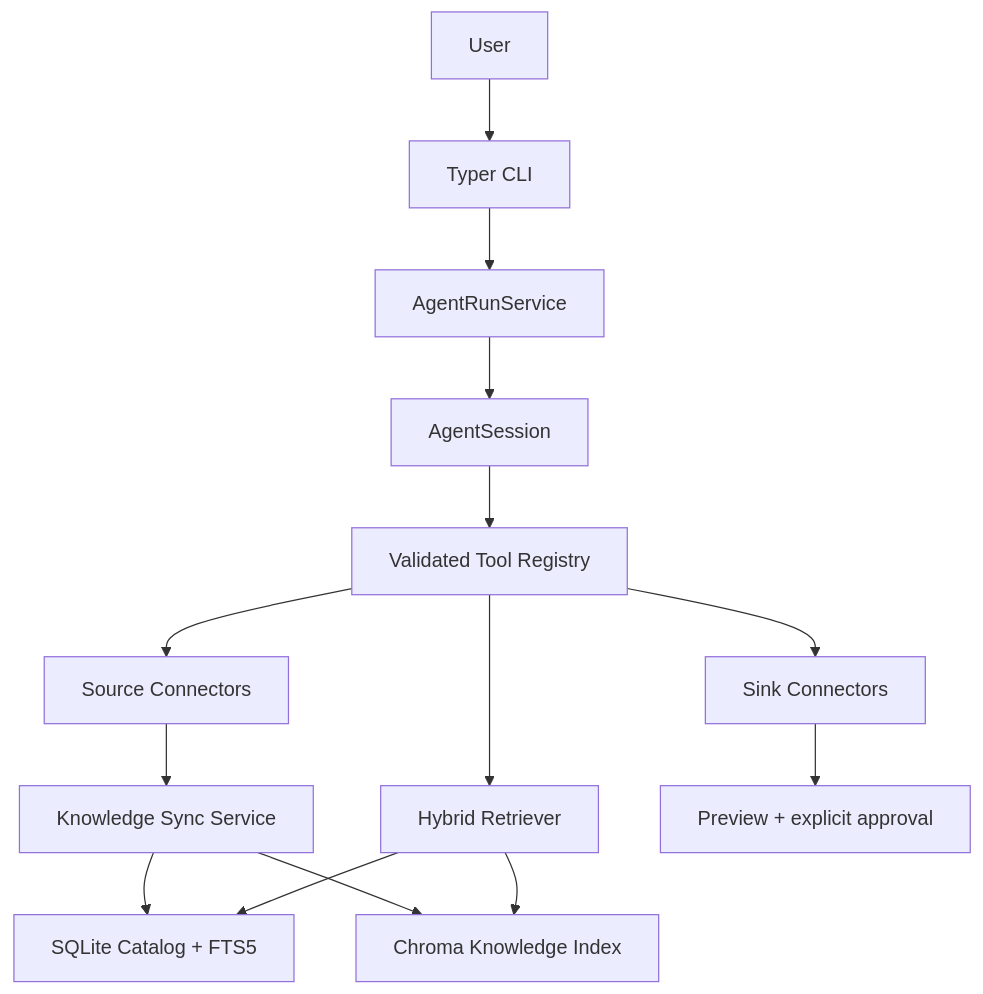
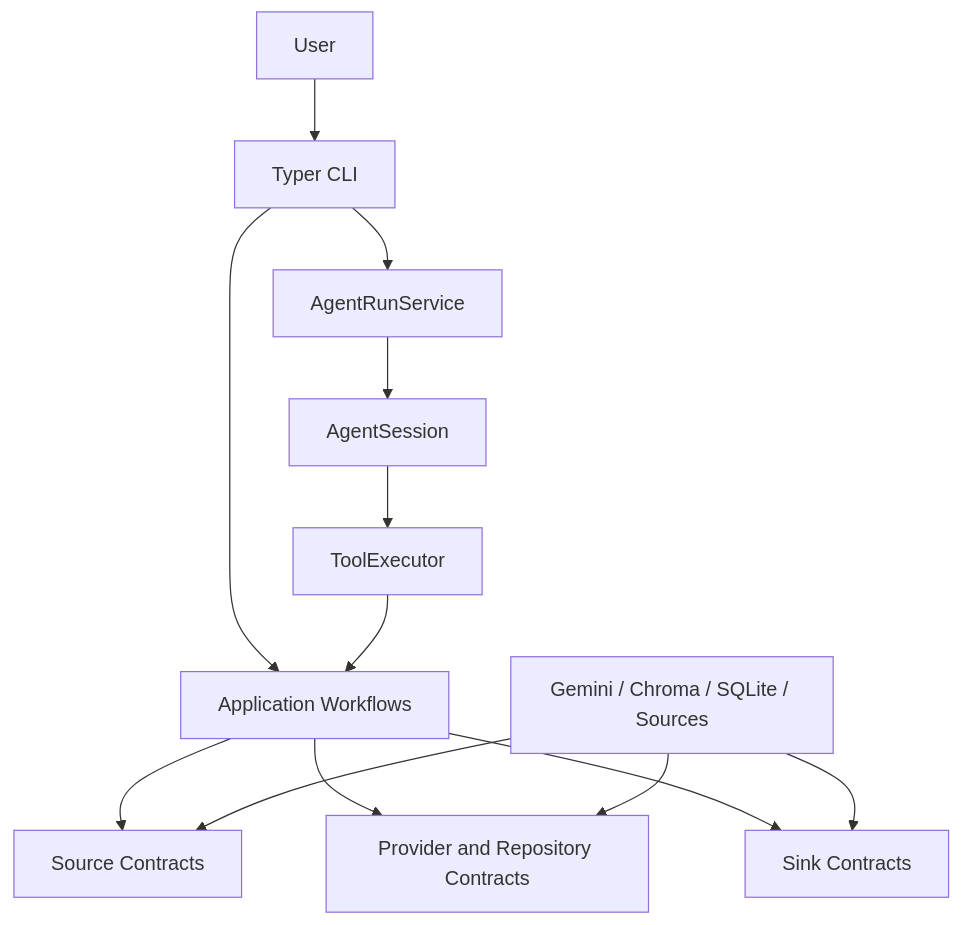
Before and after one commit to kwangsung-ha/jesse-agent: the first of 2 diagrams in docs/design.md, drawn with Mermaid. The commit also changed other lines of this file and 24 other files, not shown here.

Commit message:
refactor: align prompts and architecture docs

````diff
--- a/docs/design.md
+++ b/docs/design.md
@@ -8,16 +8,15 @@
 ```mermaid
 graph TD
     User[User] --> CLI[Typer CLI]
+    CLI --> Applications[Application Workflows]
     CLI --> RunService[AgentRunService]
     RunService --> Agent[AgentSession]
-    Agent --> Tasks[Validated Tool Registry]
-    Tasks --> Sources[Source Connectors]
-    Sources --> Sync[Knowledge Sync Service]
-    Sync --> Catalog[SQLite Catalog + FTS5]
-    Sync --> Vectors[Chroma Knowledge Index]
-    Tasks --> Retrieve[Hybrid Retriever]
-    Retrieve --> Catalog
-    Retrieve --> Vectors
-    Tasks --> Sinks[Sink Connectors]
-    Sinks --> Approval[Preview + explicit approval]
+    Agent --> Tools[ToolExecutor]
+    Tools --> Applications
+    Applications --> SourceContracts[Source Contracts]
+    Applications --> ProviderContracts[Provider and Repository Contracts]
+    Applications --> SinkContracts[Sink Contracts]
+    Infrastructure[Gemini / Chroma / SQLite / Sources] --> ProviderContracts
+    Infrastructure --> SourceContracts
+    Infrastructure --> SinkContracts
 ```
````
